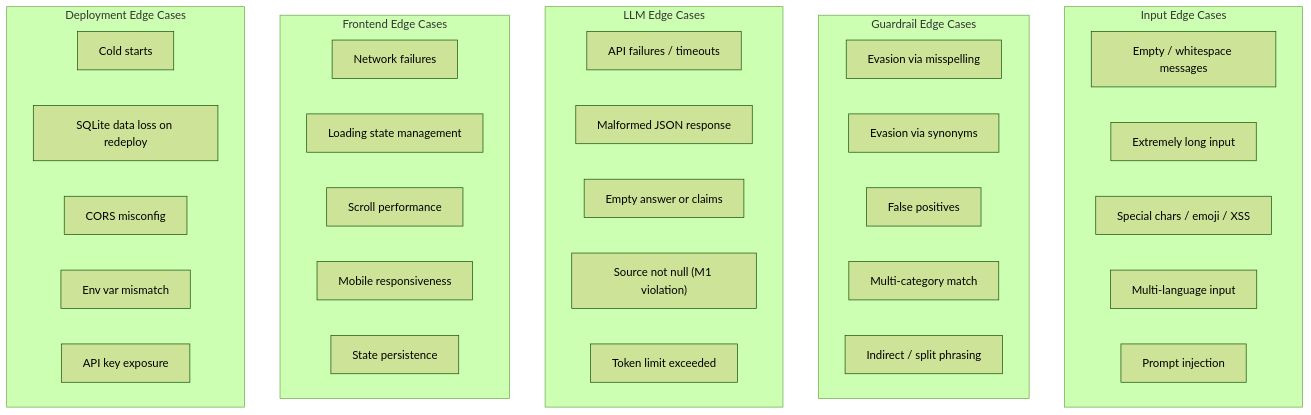
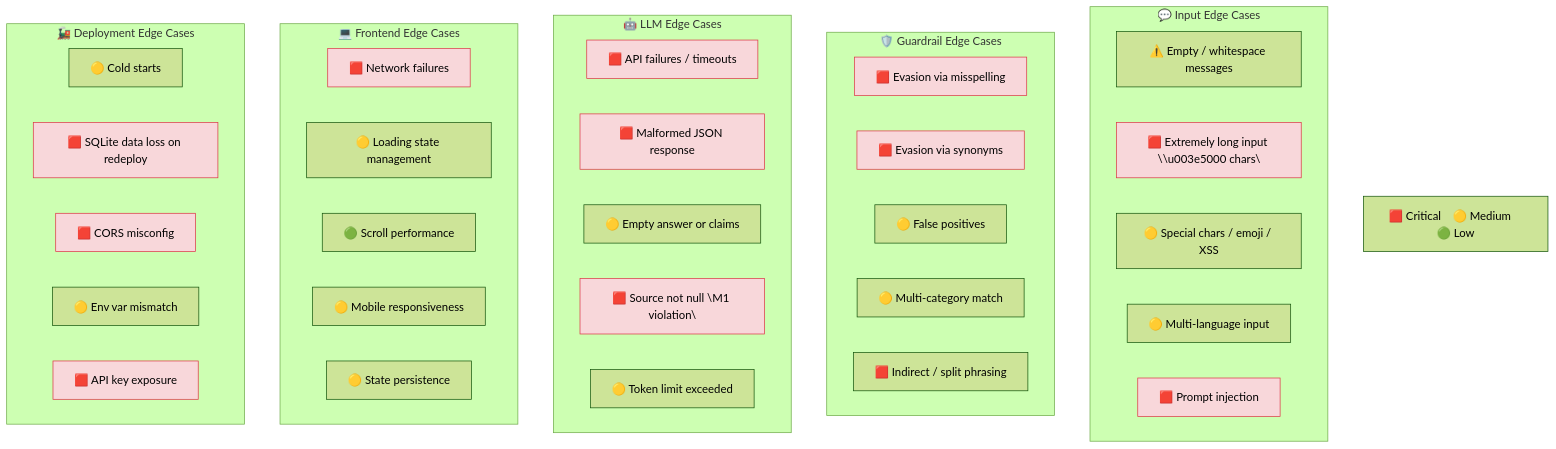
Before and after one commit to TheAlphaBA/Nutrition-app: the diagram in docs/edge-cases.md, drawn with Mermaid (forest theme). The commit also changed 6 other files, not shown here.

First line of the commit message:
docs: upgrade all markdown files with rich Mermaid diagrams for better understanding

````diff
--- a/docs/edge-cases.md
+++ b/docs/edge-cases.md
@@ -378,42 +378,56 @@
 ```mermaid
 flowchart TB
-    subgraph Input["Input Edge Cases"]
-        I1["Empty / whitespace messages"]
-        I2["Extremely long input"]
-        I3["Special chars / emoji / XSS"]
-        I4["Multi-language input"]
-        I5["Prompt injection"]
+    subgraph Input["💬 Input Edge Cases"]
+        I1["⚠️ Empty / whitespace messages"]
+        I2["🟥 Extremely long input \"\u003e5000 chars\""]
+        I3["🟡 Special chars / emoji / XSS"]
+        I4["🟡 Multi-language input"]
+        I5["🟥 Prompt injection"]
     end
 
-    subgraph Guardrail["Guardrail Edge Cases"]
-        G1["Evasion via misspelling"]
-        G2["Evasion via synonyms"]
-        G3["False positives"]
-        G4["Multi-category match"]
-        G5["Indirect / split phrasing"]
+    subgraph Guardrail["🛡️ Guardrail Edge Cases"]
+        G1["🟥 Evasion via misspelling"]
+        G2["🟥 Evasion via synonyms"]
+        G3["🟡 False positives"]
+        G4["🟡 Multi-category match"]
+        G5["🟥 Indirect / split phrasing"]
     end
 
-    subgraph LLM["LLM Edge Cases"]
-        L1["API failures / timeouts"]
-        L2["Malformed JSON response"]
-        L3["Empty answer or claims"]
-        L4["Source not null (M1 violation)"]
-        L5["Token limit exceeded"]
+    subgraph LLM["🤖 LLM Edge Cases"]
+        L1["🟥 API failures / timeouts"]
+        L2["🟥 Malformed JSON response"]
+        L3["🟡 Empty answer or claims"]
+        L4["🟥 Source not null \"M1 violation\""]
+        L5["🟡 Token limit exceeded"]
     end
 
-    subgraph Frontend["Frontend Edge Cases"]
-        F1["Network failures"]
-        F2["Loading state management"]
-        F3["Scroll performance"]
-        F4["Mobile responsiveness"]
-        F5["State persistence"]
+    subgraph Frontend["💻 Frontend Edge Cases"]
+        F1["🟥 Network failures"]
+        F2["🟡 Loading state management"]
+        F3["🟢 Scroll performance"]
+        F4["🟡 Mobile responsiveness"]
+        F5["🟡 State persistence"]
     end
 
-    subgraph Deploy["Deployment Edge Cases"]
-        D1["Cold starts"]
-        D2["SQLite data loss on redeploy"]
-        D3["CORS misconfig"]
-        D4["Env var mismatch"]
-        D5["API key exposure"]
+    subgraph Deploy["🚂 Deployment Edge Cases"]
+        D1["🟡 Cold starts"]
+        D2["🟥 SQLite data loss on redeploy"]
+        D3["🟥 CORS misconfig"]
+        D4["🟡 Env var mismatch"]
+        D5["🟥 API key exposure"]
     end
+
+    Legend["🟥 Critical &nbsp;&nbsp; 🟡 Medium &nbsp;&nbsp; 🟢 Low"]
+
+    style I2 fill:#f8d7da,stroke:#dc3545,color:#000
+    style I5 fill:#f8d7da,stroke:#dc3545,color:#000
+    style G1 fill:#f8d7da,stroke:#dc3545,color:#000
+    style G2 fill:#f8d7da,stroke:#dc3545,color:#000
+    style L1 fill:#f8d7da,stroke:#dc3545,color:#000
+    style L2 fill:#f8d7da,stroke:#dc3545,color:#000
+    style L4 fill:#f8d7da,stroke:#dc3545,color:#000
+    style F1 fill:#f8d7da,stroke:#dc3545,color:#000
+    style D2 fill:#f8d7da,stroke:#dc3545,color:#000
+    style D3 fill:#f8d7da,stroke:#dc3545,color:#000
+    style D5 fill:#f8d7da,stroke:#dc3545,color:#000
 ```
````
